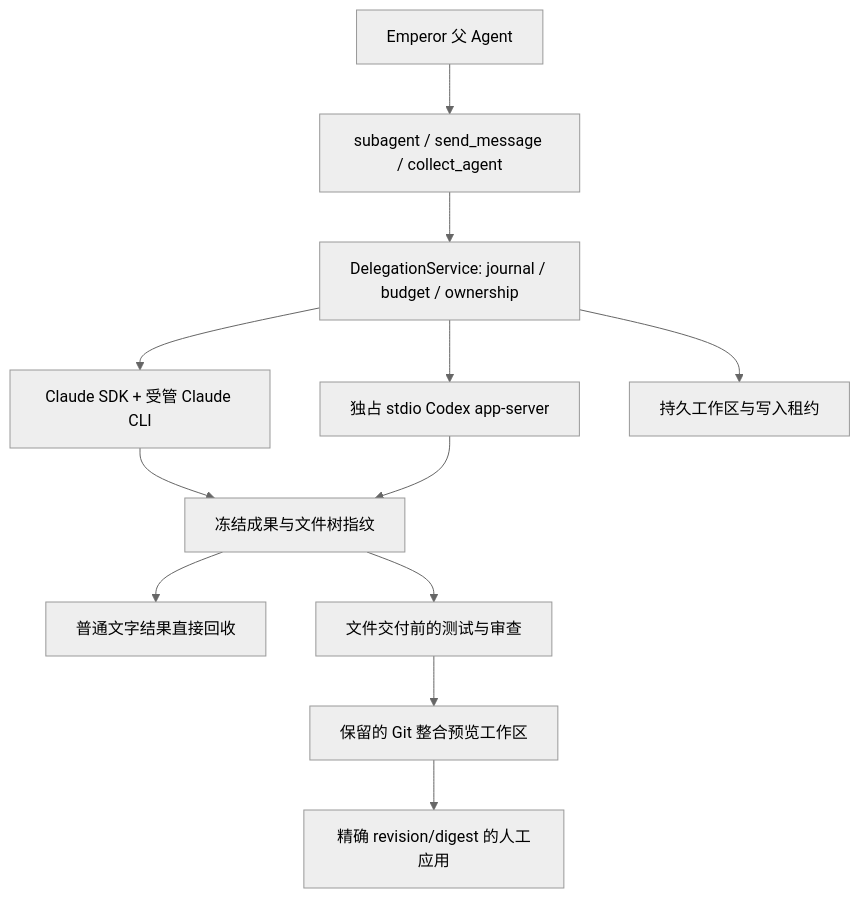
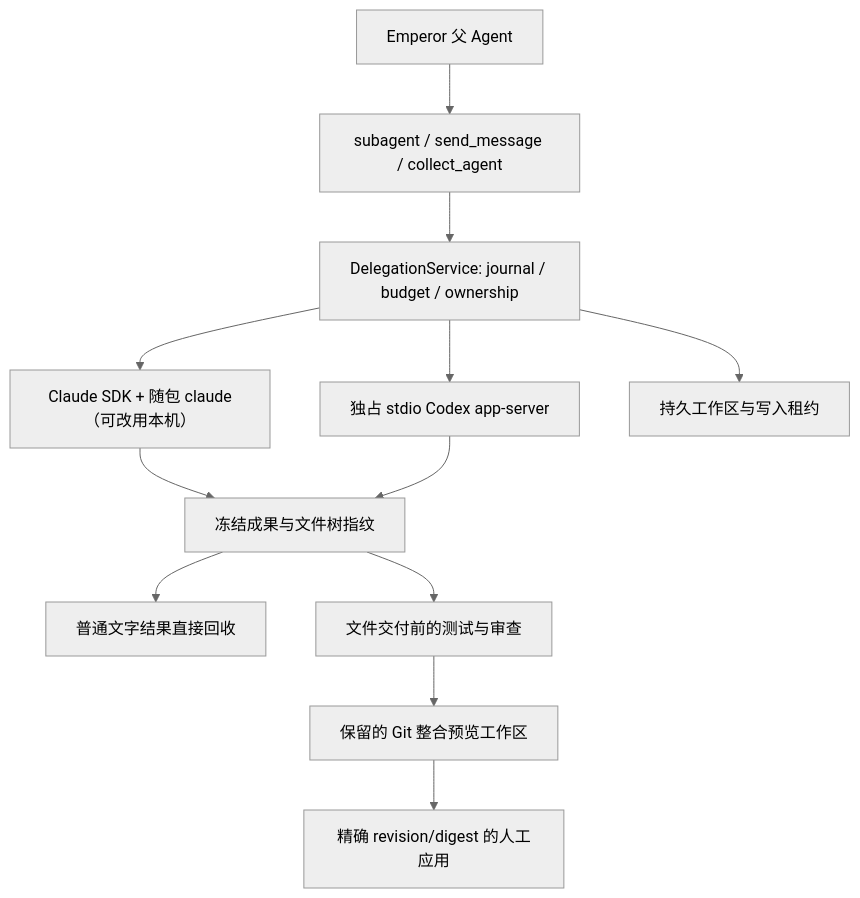
The diagram in docs/architecture/external-agent-delegation.md (TheSyart/emperor-agent), drawn with Mermaid (neutral theme) before and after one commit. The commit also changed other lines of this file and 3 other files, not shown here.

````diff
--- a/docs/architecture/external-agent-delegation.md
+++ b/docs/architecture/external-agent-delegation.md
@@ -10,14 +10,14 @@
 ```mermaid
 flowchart TD
   Parent[Emperor 父 Agent] --> Tools[subagent / send_message / collect_agent]
   Tools --> Service[DelegationService: journal / budget / ownership]
-  Service --> Claude[Claude SDK + 受管 Claude CLI]
+  Service --> Claude[Claude SDK + 随包 claude（可改用本机）]
   Service --> Codex[独占 stdio Codex app-server]
   Service --> Workspace[持久工作区与写入租约]
   Claude --> Receipt[冻结成果与文件树指纹]
   Codex --> Receipt
   Receipt --> Result[普通文字结果直接回收]
   Receipt --> Verify[文件交付前的测试与审查]
   Verify --> Preview[保留的 Git 整合预览工作区]
   Preview --> Apply[精确 revision/digest 的人工应用]
 ```
````
